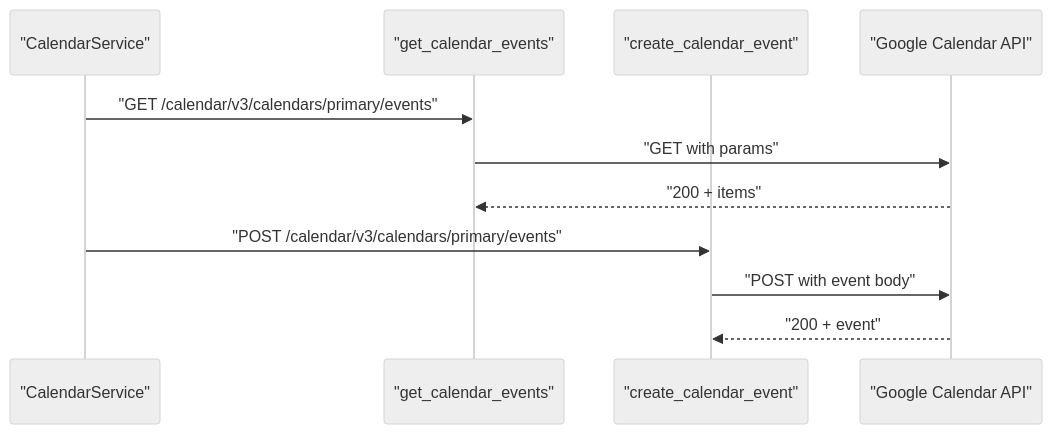
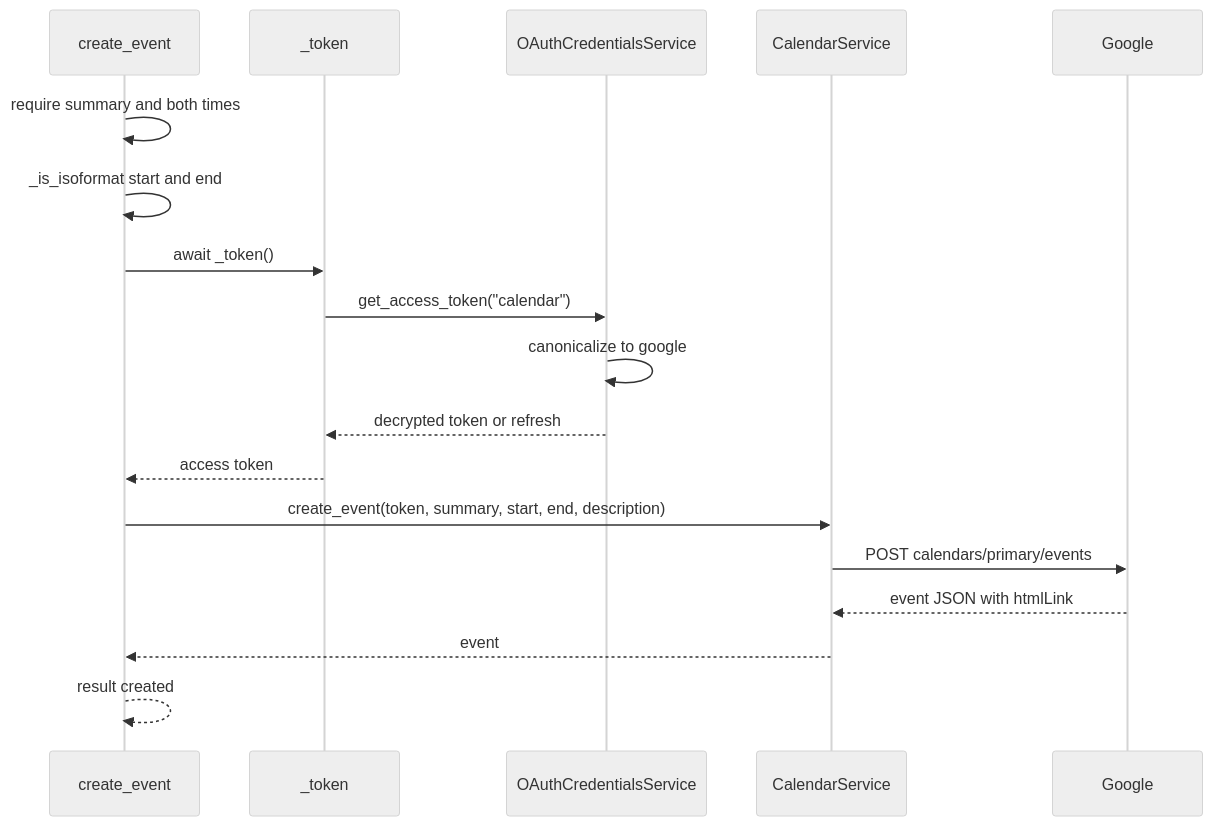
The fourth of 6 diagrams in src/data/docs/agentic-browser/Service Integrations/Calendar Integration.md (tashifkhan/tashif.codes), drawn with Mermaid (neutral theme) before and after one commit. The commit also changed other lines of this file and 114 other files, not shown here.

````diff
--- a/src/data/docs/agentic-browser/Service Integrations/Calendar Integration.md
+++ b/src/data/docs/agentic-browser/Service Integrations/Calendar Integration.md
@@ -143,13 +116,20 @@
 ```mermaid
 sequenceDiagram
-participant Svc as "CalendarService"
-participant ToolGet as "get_calendar_events"
-participant ToolPost as "create_calendar_event"
-participant GCAL as "Google Calendar API"
-Svc->>ToolGet : "GET /calendar/v3/calendars/primary/events"
-ToolGet->>GCAL : "GET with params"
-GCAL-->>ToolGet : "200 + items"
-Svc->>ToolPost : "POST /calendar/v3/calendars/primary/events"
-ToolPost->>GCAL : "POST with event body"
-GCAL-->>ToolPost : "200 + event"
+  participant R as create_event
+  participant T as _token
+  participant C as OAuthCredentialsService
+  participant S as CalendarService
+  participant G as Google
+  R->>R: require summary and both times
+  R->>R: _is_isoformat start and end
+  R->>T: await _token()
+  T->>C: get_access_token("calendar")
+  C->>C: canonicalize to google
+  C-->>T: decrypted token or refresh
+  T-->>R: access token
+  R->>S: create_event(token, summary, start, end, description)
+  S->>G: POST calendars/primary/events
+  G-->>S: event JSON with htmlLink
+  S-->>R: event
+  R-->>R: result created
 ```
````
